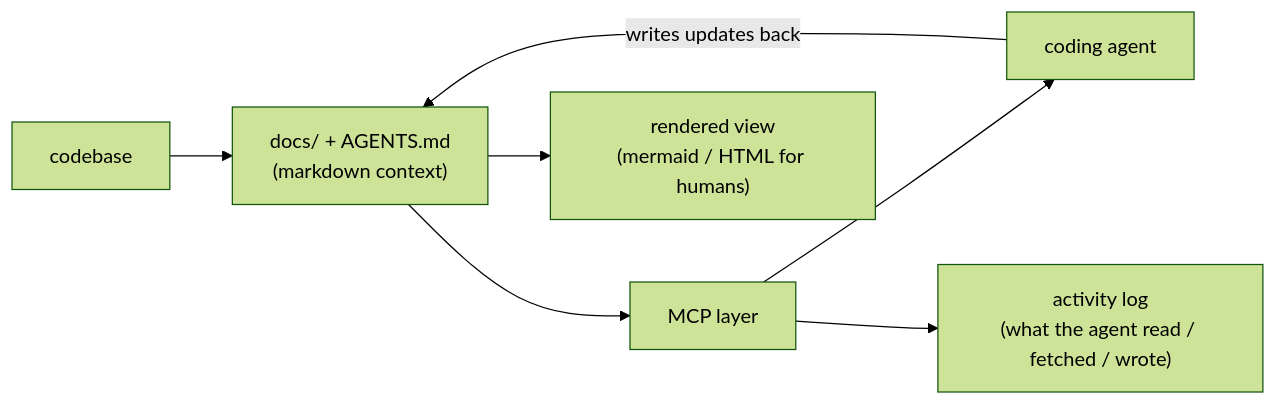
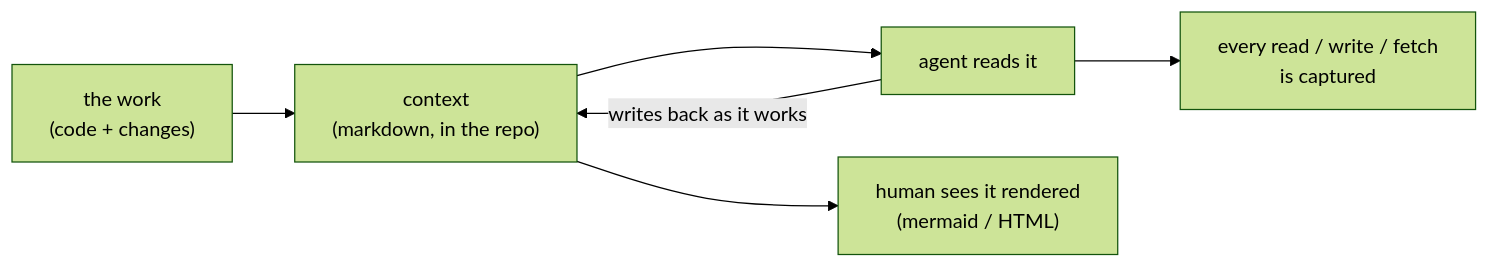
The first of 2 diagrams in README.md (Animeshkr9044/Animeshkr9044), drawn with Mermaid (forest theme) before and after one commit. The commit also changed other lines of this file, not shown here.

Commit message:
profile: philosophy-first — my take on context + loop engineering, no project list

````diff
--- a/README.md
+++ b/README.md
@@ -42,9 +34,8 @@
 ```mermaid
 flowchart LR
-    Code["codebase"] --> Docs["docs/ + AGENTS.md<br/>(markdown context)"]
-    Docs --> MCP["MCP layer"]
-    MCP --> Agent["coding agent"]
-    MCP --> Log["activity log<br/>(what the agent read / fetched / wrote)"]
-    Docs --> View["rendered view<br/>(mermaid / HTML for humans)"]
-    Agent -->|writes updates back| Docs
+    Code["the work<br/>(code + changes)"] --> Ctx["context<br/>(markdown, in the repo)"]
+    Ctx --> Agent["agent reads it"]
+    Ctx --> Human["human sees it rendered<br/>(mermaid / HTML)"]
+    Agent -->|writes back as it works| Ctx
+    Agent --> Log["every read / write / fetch<br/>is captured"]
 ```
````
